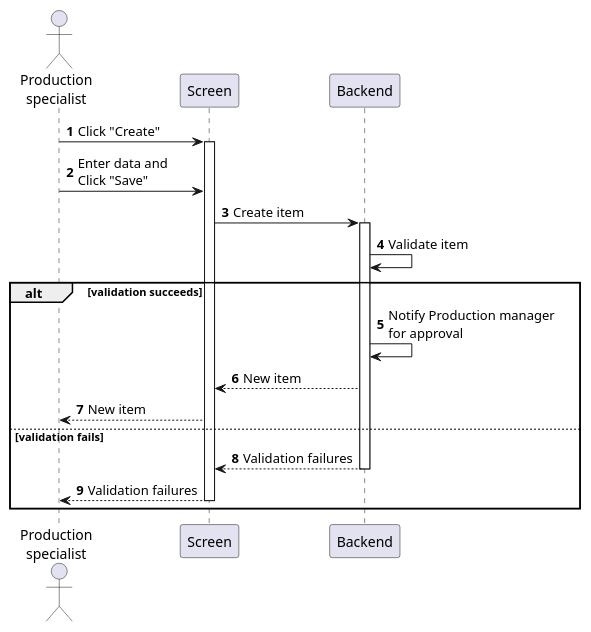
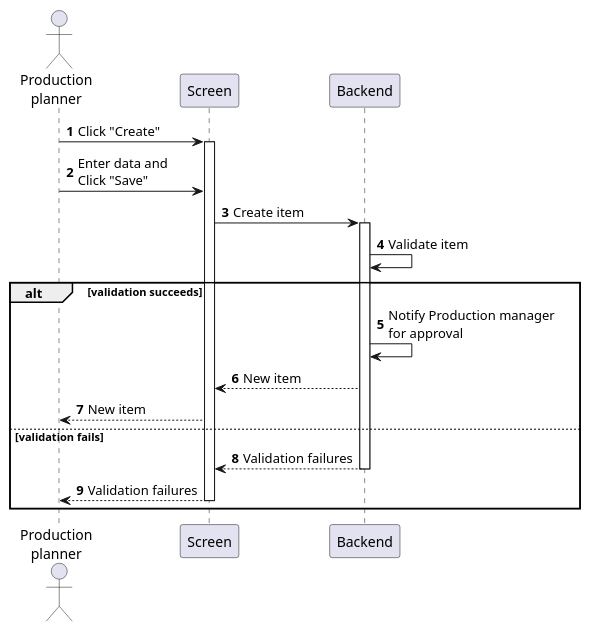
One commit to phihungha/scmss-reqs changed the diagram in sequences/production-order-create.plantuml. Above: the diagram before and after it, drawn with PlantUML. The commit also changed 4 other files, not shown here.

```diff
--- a/sequences/production-order-create.plantuml
+++ b/sequences/production-order-create.plantuml
@@ -1,23 +1,23 @@
 @startuml production-order-create
 autonumber
 
-actor "Production\nspecialist" as a
+actor "Production\nplanner" as a
 participant Screen as f
 participant Backend as b
 
 a -> f : Click "Create"
 activate f
 a -> f : Enter data and\nClick "Save"
 f -> b : Create item
 activate b
 b -> b : Validate item
 
 alt validation succeeds
     b -> b : Notify Production manager \nfor approval
     b --> f : New item
     f --> a : New item
 else validation fails
     return Validation failures
     return Validation failures
 end
 @enduml
```
